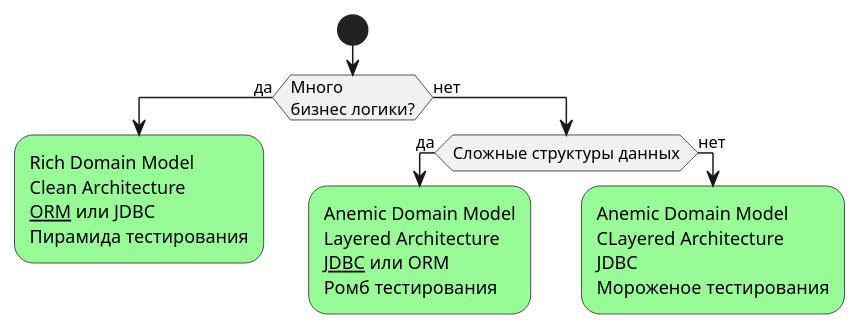
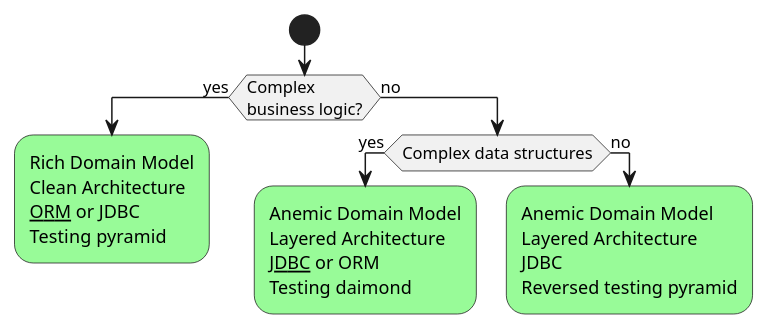
Before and after one commit to neherim/java-guild-katas: the diagram in money-transfer/slides/Katas.org, drawn with PlantUML. The commit also changed other lines of this file and 13 other files, not shown here.

```diff
--- a/money-transfer/slides/Katas.org
+++ b/money-transfer/slides/Katas.org
@@ -51,17 +59,17 @@
 #+begin_src plantuml :file ./img/algo.svg :cache yes
 @startuml
 start
-if (Много \nбизнес логики?) then (да)
-  #palegreen:Rich Domain Model\nClean Architecture\n__ORM__ или JDBC\nПирамида тестирования;
+if (Complex\nbusiness logic?) then (yes)
+  #palegreen:Rich Domain Model\nClean Architecture\n__ORM__ or JDBC\nTesting pyramid;
   kill;
-else (нет)
-  if (Сложные структуры данных) then (да)
-    #palegreen:Anemic Domain Model\nLayered Architecture\n__JDBC__ или ORM\nРомб тестирования;
+else (no)
+  if (Complex data structures) then (yes)
+    #palegreen:Anemic Domain Model\nLayered Architecture\n__JDBC__ or ORM\nTesting daimond;
     kill;
-  else (нет)
-    #palegreen:Anemic Domain Model\nCLayered Architecture\nJDBC\nМороженое тестирования;
+  else (no)
+    #palegreen:Anemic Domain Model\nLayered Architecture\nJDBC\nReversed testing pyramid;
     kill;
   endif
 endif
 @enduml
 #+end_src
```
